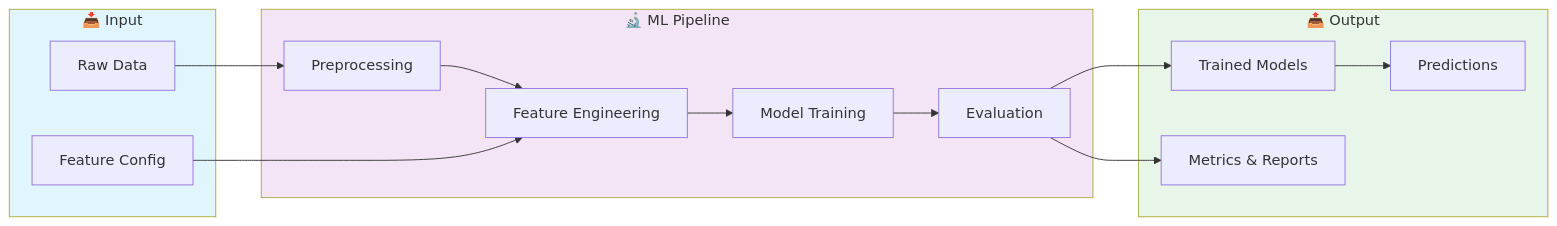
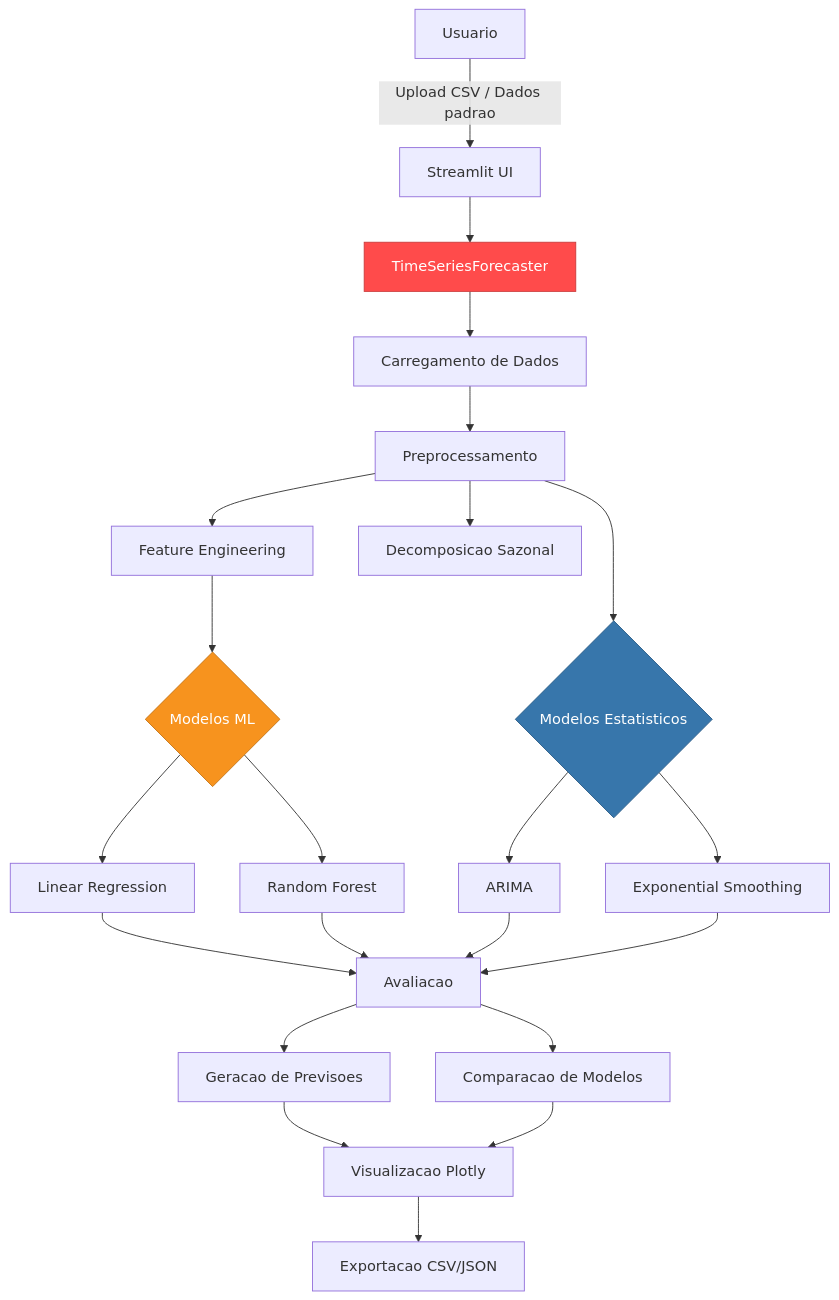
One commit to galafis/Time-Series-Forecasting-Suite changed the first of 4 diagrams in README.md. Above: the diagram before and after it, drawn with Mermaid. The commit also changed other lines of this file and 2 other files, not shown here.

````diff
--- a/README.md
+++ b/README.md
@@ -36,30 +43,32 @@
 ```mermaid
-graph LR
-    subgraph Input["📥 Input"]
-        A[Raw Data]
-        B[Feature Config]
-    end
-    
-    subgraph Pipeline["🔬 ML Pipeline"]
-        C[Preprocessing]
-        D[Feature Engineering]
-        E[Model Training]
-        F[Evaluation]
-    end
-    
-    subgraph Output["📤 Output"]
-        G[Trained Models]
-        H[Metrics & Reports]
-        I[Predictions]
-    end
-    
-    A --> C --> D --> E --> F
-    B --> D
-    F --> G
-    F --> H
-    G --> I
-    
-    style Input fill:#e1f5fe
-    style Pipeline fill:#f3e5f5
-    style Output fill:#e8f5e9
+graph TD
+    A[Usuario] -->|Upload CSV / Dados padrao| B[Streamlit UI]
+    B --> C[TimeSeriesForecaster]
+    C --> D[Carregamento de Dados]
+    D --> E[Preprocessamento]
+    E --> F[Feature Engineering]
+    E --> G[Decomposicao Sazonal]
+
+    F --> H{Modelos ML}
+    H --> I[Linear Regression]
+    H --> J[Random Forest]
+
+    E --> K{Modelos Estatisticos}
+    K --> L[ARIMA]
+    K --> M[Exponential Smoothing]
+
+    I --> N[Avaliacao]
+    J --> N
+    L --> N
+    M --> N
+
+    N --> O[Comparacao de Modelos]
+    N --> P[Geracao de Previsoes]
+    P --> Q[Visualizacao Plotly]
+    O --> Q
+    Q --> R[Exportacao CSV/JSON]
+
+    style C fill:#FF4B4B,color:#fff,stroke:#cc3c3c
+    style H fill:#F7931E,color:#fff,stroke:#c57518
+    style K fill:#3776AB,color:#fff,stroke:#2c5d88
 ```
````
